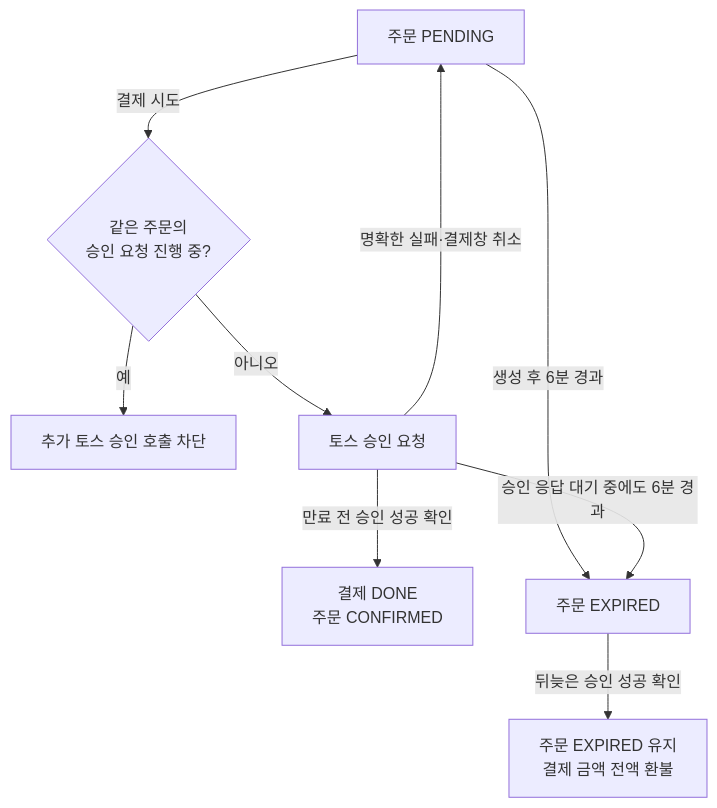
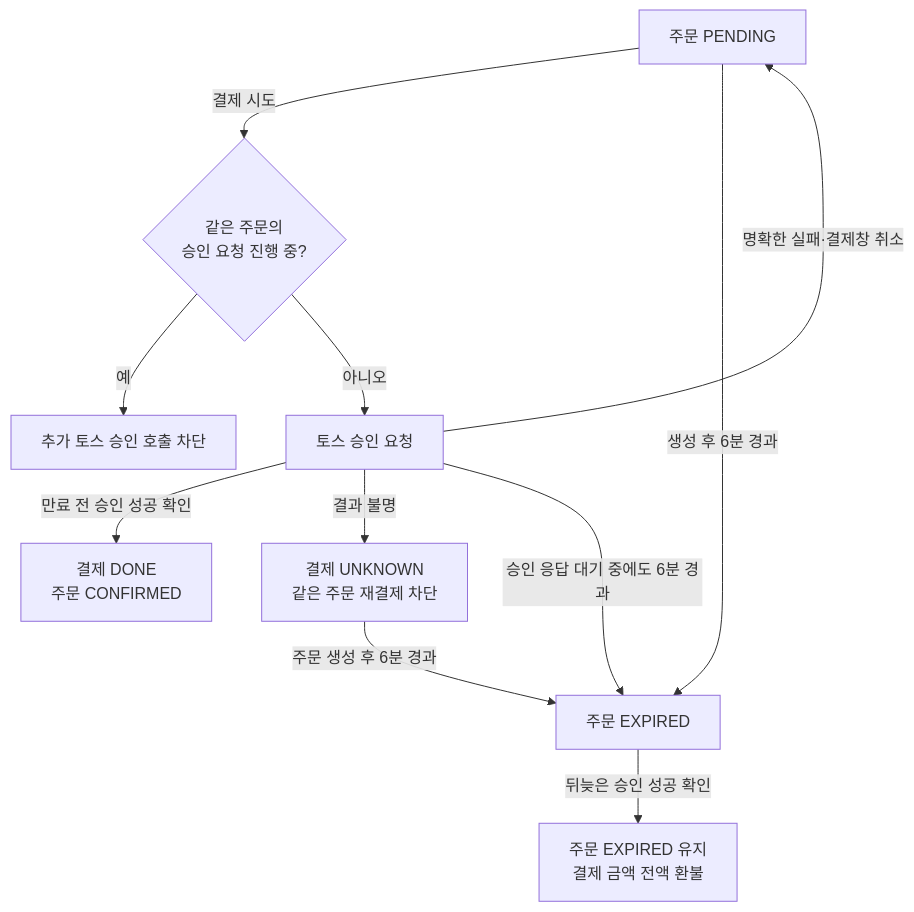
Before and after one commit to woowacourse-teams/2026-setty: the second of 3 diagrams in docs/policy/payment.md, drawn with Mermaid. The commit also changed other lines of this file and 2 other files, not shown here.

Commit message:
docs: keep retry block for UNKNOWN payment

````diff
--- a/docs/policy/payment.md
+++ b/docs/policy/payment.md
@@ -29,11 +30,13 @@
 ```mermaid
 flowchart TB
     P["주문 PENDING"] -->|"결제 시도"| G{"같은 주문의<br/>승인 요청 진행 중?"}
     G -->|"예"| B["추가 토스 승인 호출 차단"]
     G -->|"아니오"| T["토스 승인 요청"]
     T -->|"만료 전 승인 성공 확인"| C["결제 DONE<br/>주문 CONFIRMED"]
     T -->|"명확한 실패·결제창 취소"| P
+    T -->|"결과 불명"| U["결제 UNKNOWN<br/>같은 주문 재결제 차단"]
     P -->|"생성 후 6분 경과"| E["주문 EXPIRED"]
     T -->|"승인 응답 대기 중에도 6분 경과"| E
+    U -->|"주문 생성 후 6분 경과"| E
     E -->|"뒤늦은 승인 성공 확인"| R["주문 EXPIRED 유지<br/>결제 금액 전액 환불"]
 ```
````
